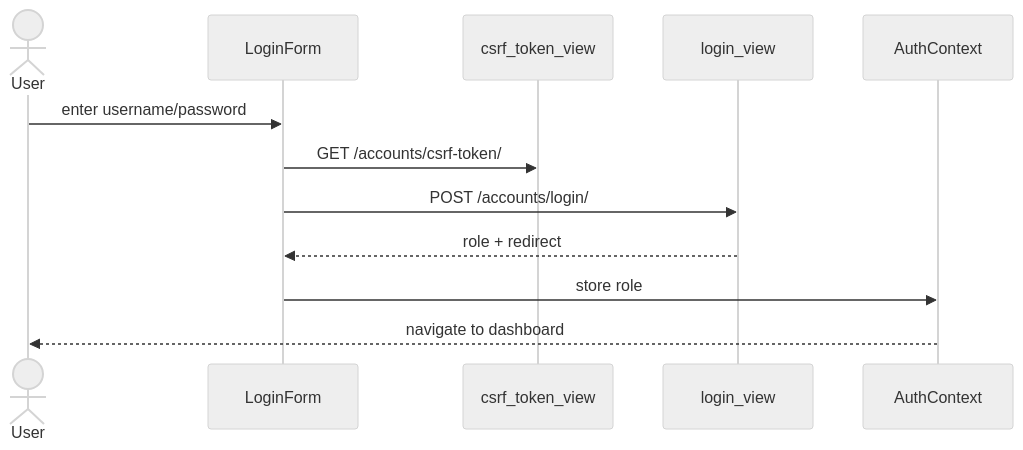
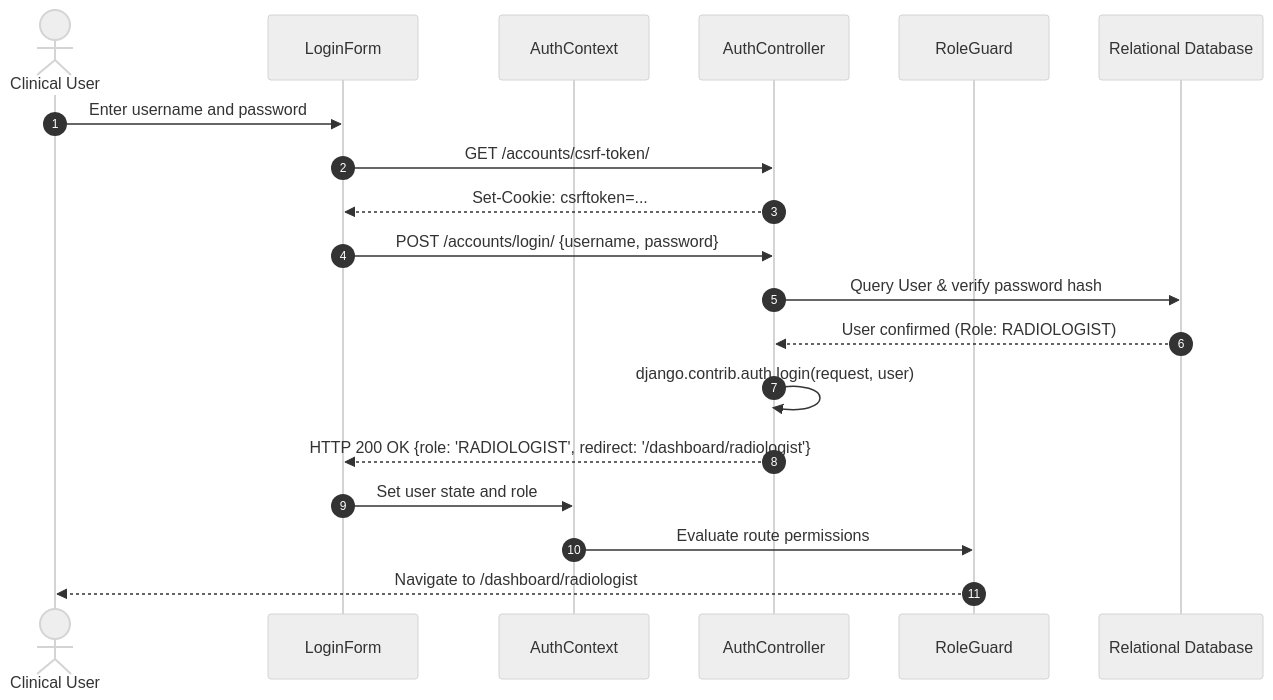
Before and after one commit to DymNomZ/TBXR: the diagram in documentation/sequence diagrams/4.1_Sequence Diagram.md, drawn with Mermaid (neutral theme). The commit also changed 80 other files, not shown here.

````diff
--- a/documentation/sequence diagrams/4.1_Sequence Diagram.md
+++ b/documentation/sequence diagrams/4.1_Sequence Diagram.md
@@ -1,15 +1,22 @@
 ```mermaid
 sequenceDiagram
-    actor User
+    autonumber
+    actor User as Clinical User
     participant Form as LoginForm
-    participant CSRF as csrf_token_view
-    participant Auth as login_view
     participant Ctx as AuthContext
+    participant AuthAPI as AuthController
+    participant Guard as RoleGuard
+    participant DB as Relational Database
 
-    User->>Form: enter username/password
-    Form->>CSRF: GET /accounts/csrf-token/
-    Form->>Auth: POST /accounts/login/
-    Auth-->>Form: role + redirect
-    Form->>Ctx: store role
-    Ctx-->>User: navigate to dashboard
+    User->>Form: Enter username and password
+    Form->>AuthAPI: GET /accounts/csrf-token/
+    AuthAPI-->>Form: Set-Cookie: csrftoken=...
+    Form->>AuthAPI: POST /accounts/login/ {username, password}
+    AuthAPI->>DB: Query User & verify password hash
+    DB-->>AuthAPI: User confirmed (Role: RADIOLOGIST)
+    AuthAPI->>AuthAPI: django.contrib.auth.login(request, user)
+    AuthAPI-->>Form: HTTP 200 OK {role: 'RADIOLOGIST', redirect: '/dashboard/radiologist'}
+    Form->>Ctx: Set user state and role
+    Ctx->>Guard: Evaluate route permissions
+    Guard-->>User: Navigate to /dashboard/radiologist
 ```
````
